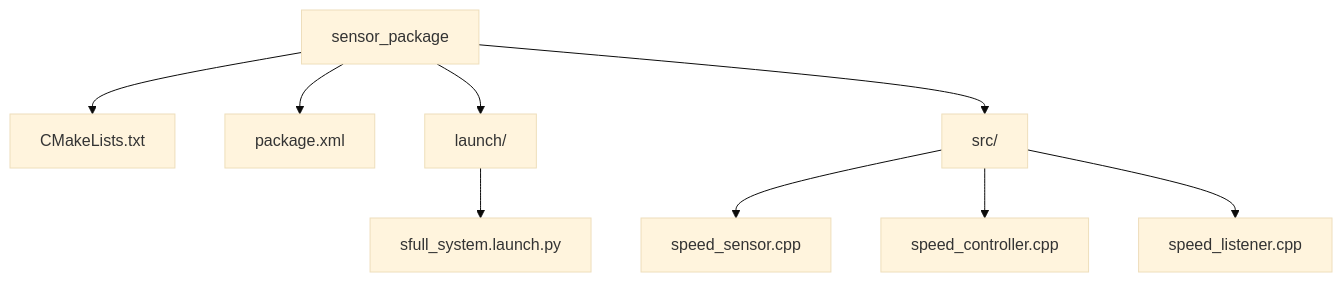
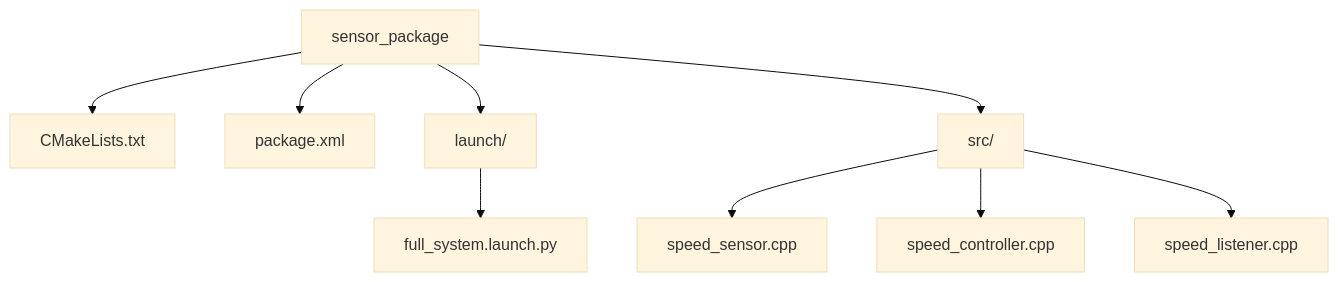
The second of 2 diagrams in README.md (mayermarci65/may_ifr_kisbeadando), drawn with Mermaid (base theme) before and after one commit.

Commit message:
Fix launch file name in README

````diff
--- a/README.md
+++ b/README.md
@@ -86,11 +86,11 @@
 ```mermaid
 graph TD
 A[sensor_package] --> B[CMakeLists.txt]
 A --> C[package.xml]
 A --> D[launch/]
-D --> D1[sfull_system.launch.py]
+D --> D1[full_system.launch.py]
 A --> E[src/]
 E --> E1[speed_sensor.cpp]
 E --> E2[speed_controller.cpp]
 E --> E3[speed_listener.cpp]
 ```
````
